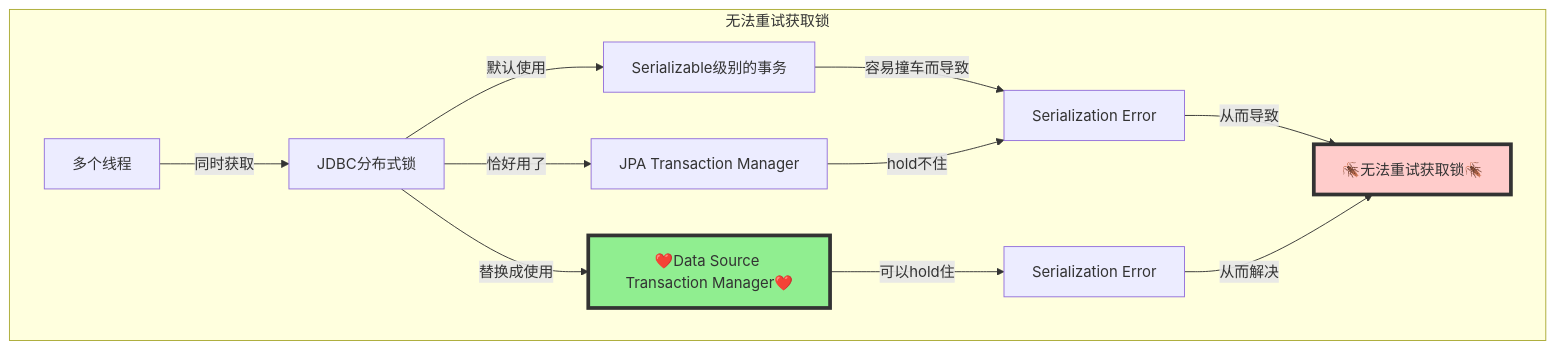
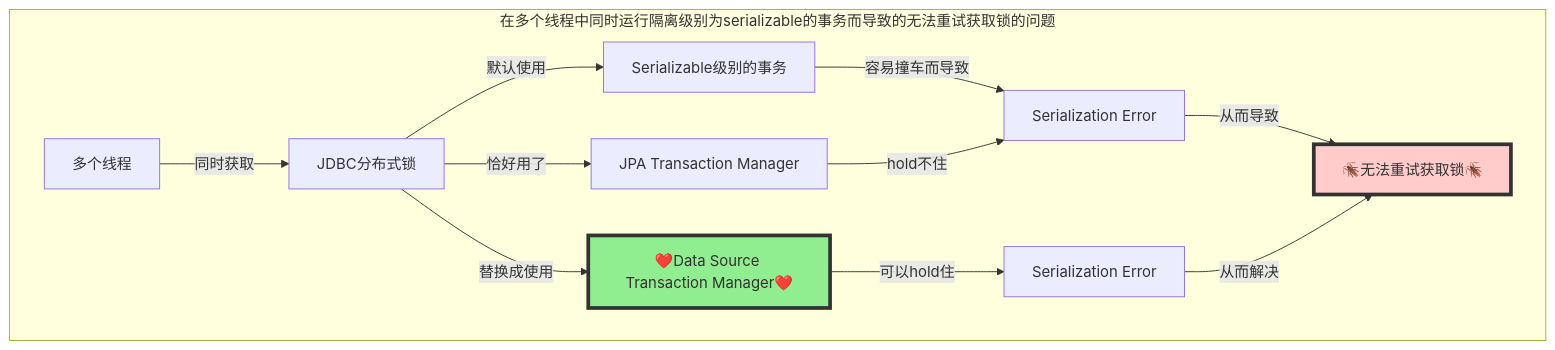
Before and after one commit to cuipengfei/cuipengfei.github.com: the first of 2 diagrams in source/_posts/2023-12-25-spring-integration-jdbc-distributed-lock-with-transaction-and-threads.md, drawn with Mermaid. The commit also changed other lines of this file, not shown here.

````diff
--- a/source/_posts/2023-12-25-spring-integration-jdbc-distributed-lock-with-transaction-and-threads.md
+++ b/source/_posts/2023-12-25-spring-integration-jdbc-distributed-lock-with-transaction-and-threads.md
@@ -83,27 +83,27 @@
 ```mermaid
 flowchart TD
     
     style dstm fill:lightgreen,stroke:#333,stroke-width:4px
     style nrt fill:#FFCCCB,stroke:#333,stroke-width:4px
 
     jl[JDBC分布式锁]
     str[Serializable级别的事务]
     mt[多个线程]
     jtm[JPA Transaction Manager]
     dstm[❤️Data Source Transaction Manager❤️]
     nrt[🪳无法重试获取锁🪳]
     se[Serialization Error]
     se2[Serialization Error]
 
-    subgraph 无法重试获取锁
+    subgraph 在多个线程中同时运行隔离级别为serializable的事务而导致的无法重试获取锁的问题
     jl-->|默认使用|str
     mt-->|同时获取|jl
     jl-->|恰好用了|jtm
     str-->|容易撞车而导致|se
     jtm-->|hold不住|se
     se-->|从而导致|nrt
     jl-->|替换成使用|dstm
     dstm-->|可以hold住|se2
     se2-->|从而解决|nrt
     end
 ```
````
